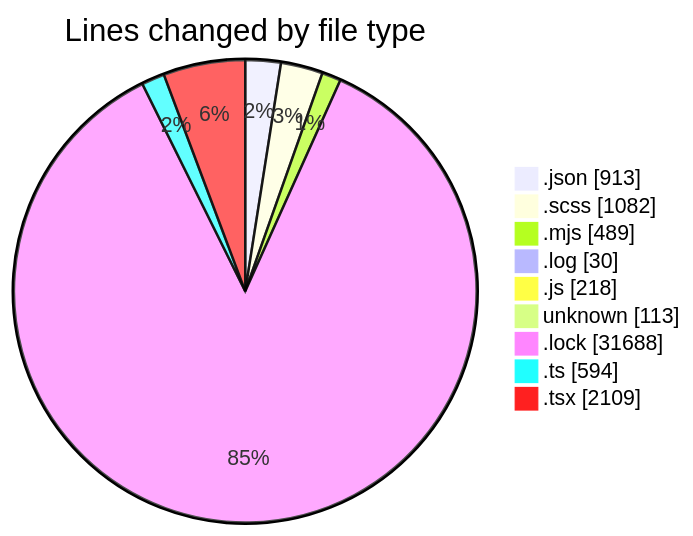
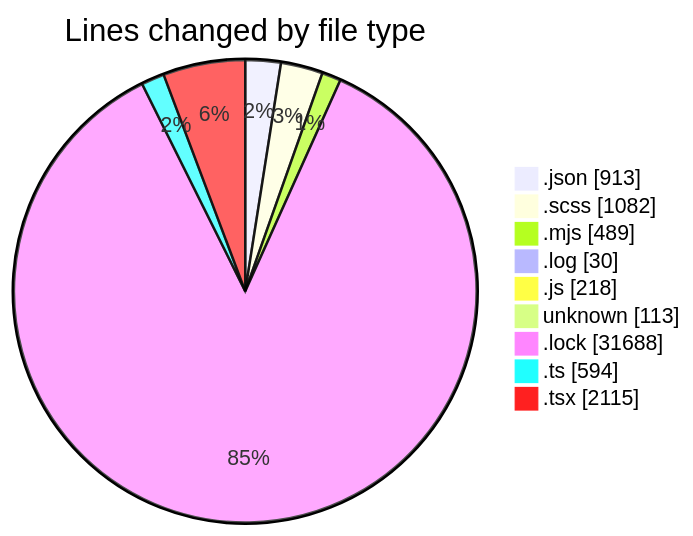
One commit to momahboobian/code-tracking changed the first of 2 diagrams in 2026-08-12/cda/README.md. Above: the diagram before and after it, drawn with Mermaid. The commit also changed other lines of this file and 1 other file, not shown here.

````diff
--- a/2026-08-12/cda/README.md
+++ b/2026-08-12/cda/README.md
@@ -60,13 +60,13 @@
 ```mermaid
 pie showData
 title Lines changed by file type
 ".json" : 913
 ".scss" : 1082
 ".mjs" : 489
 ".log" : 30
 ".js" : 218
 "unknown" : 113
 ".lock" : 31688
 ".ts" : 594
-".tsx" : 2109
+".tsx" : 2115
 ```
````
